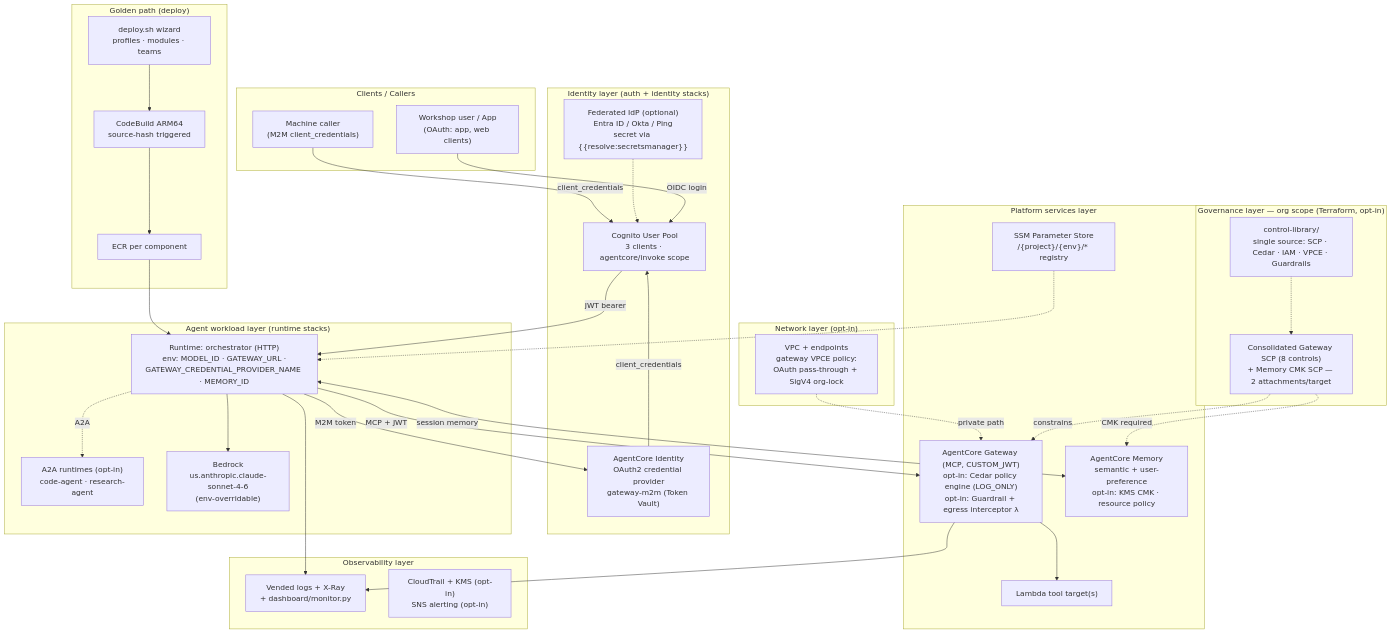
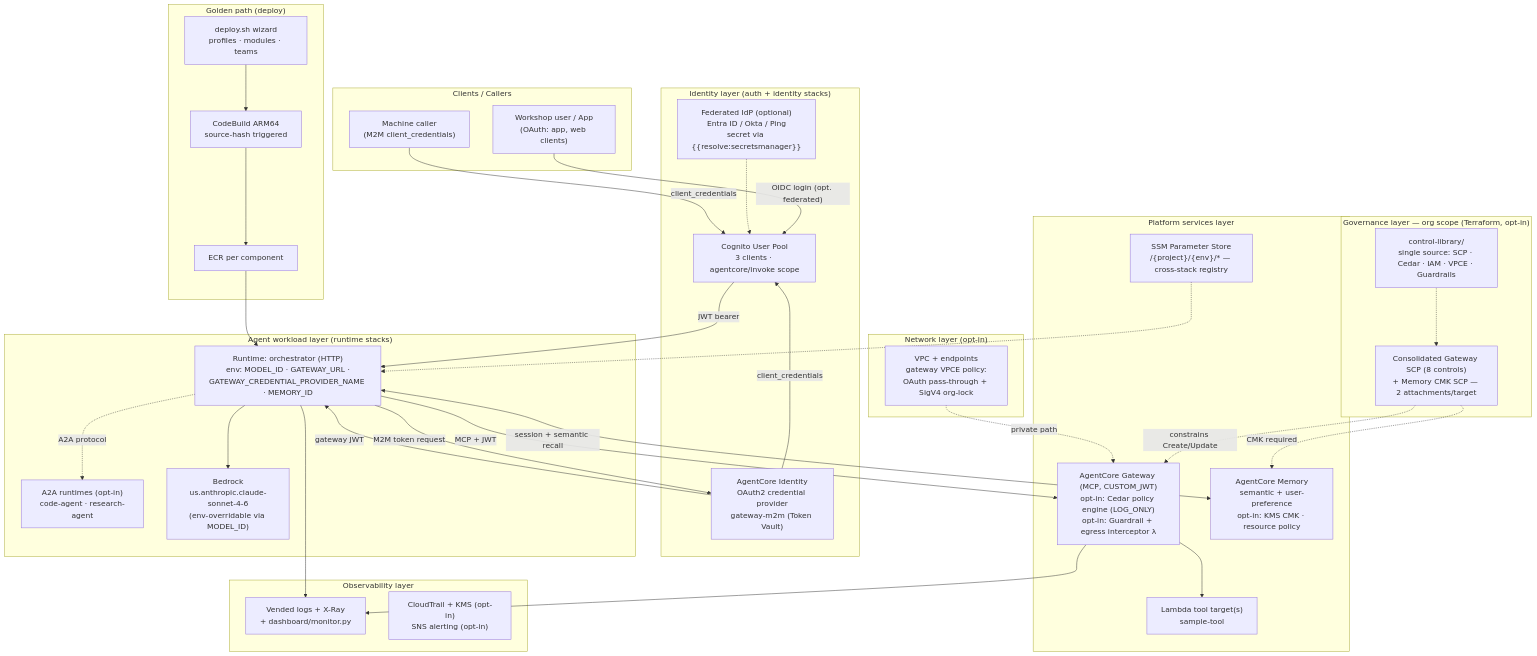
One commit to aws-samples/sample-agentcore-enterprise-platform changed the diagram in docs/ARCHITECTURE.md. Above: the diagram before and after it, drawn with Mermaid. The commit also changed other lines of this file and 3 other files, not shown here.

````diff
--- a/docs/ARCHITECTURE.md
+++ b/docs/ARCHITECTURE.md
@@ -10,58 +11,59 @@
 ```mermaid
 flowchart TB
     subgraph CLIENTS["Clients / Callers"]
         USER["Workshop user / App<br/>(OAuth: app, web clients)"]
         M2MC["Machine caller<br/>(M2M client_credentials)"]
     end
     subgraph GOV["Governance layer — org scope (Terraform, opt-in)"]
         SCP["Consolidated Gateway SCP (8 controls)<br/>+ Memory CMK SCP — 2 attachments/target"]
         CTLIB["control-library/<br/>single source: SCP · Cedar · IAM · VPCE · Guardrails"]
     end
     subgraph IDENTITY["Identity layer (auth + identity stacks)"]
         COG["Cognito User Pool<br/>3 clients · agentcore/invoke scope"]
         FED["Federated IdP (optional)<br/>Entra ID / Okta / Ping<br/>secret via {{resolve:secretsmanager}}"]
         M2MP["AgentCore Identity<br/>OAuth2 credential provider<br/>gateway-m2m (Token Vault)"]
     end
     subgraph PLATFORM["Platform services layer"]
         GW["AgentCore Gateway (MCP, CUSTOM_JWT)<br/>opt-in: Cedar policy engine (LOG_ONLY)<br/>opt-in: Guardrail + egress interceptor λ"]
-        TOOL["Lambda tool target(s)"]
+        TOOL["Lambda tool target(s)<br/>sample-tool"]
         MEM["AgentCore Memory<br/>semantic + user-preference<br/>opt-in: KMS CMK · resource policy"]
-        SSM["SSM Parameter Store<br/>/{project}/{env}/* registry"]
+        SSM["SSM Parameter Store<br/>/{project}/{env}/* — cross-stack registry"]
     end
     subgraph WORKLOAD["Agent workload layer (runtime stacks)"]
         RT["Runtime: orchestrator (HTTP)<br/>env: MODEL_ID · GATEWAY_URL ·<br/>GATEWAY_CREDENTIAL_PROVIDER_NAME · MEMORY_ID"]
         A2A["A2A runtimes (opt-in)<br/>code-agent · research-agent"]
-        BR["Bedrock<br/>us.anthropic.claude-sonnet-4-6<br/>(env-overridable)"]
+        BR["Bedrock<br/>us.anthropic.claude-sonnet-4-6<br/>(env-overridable via MODEL_ID)"]
     end
     subgraph FACTORY["Golden path (deploy)"]
         DEP["deploy.sh wizard<br/>profiles · modules · teams"]
         CB["CodeBuild ARM64<br/>source-hash triggered"]
         ECR["ECR per component"]
     end
     subgraph OBS["Observability layer"]
         LOGS["Vended logs + X-Ray<br/>+ dashboard/monitor.py"]
         TRAIL["CloudTrail + KMS (opt-in)<br/>SNS alerting (opt-in)"]
     end
     subgraph NET["Network layer (opt-in)"]
         VPC["VPC + endpoints<br/>gateway VPCE policy:<br/>OAuth pass-through + SigV4 org-lock"]
     end
-    USER -->|"OIDC login"| COG
+    USER -->|"OIDC login (opt. federated)"| COG
     FED -.-> COG
     M2MC -->|client_credentials| COG
     COG -->|"JWT bearer"| RT
     RT --> BR
-    RT -->|"M2M token"| M2MP
-    M2MP -->|client_credentials| COG
+    RT -->|"M2M token request"| M2MP
+    M2MP -->|"client_credentials"| COG
+    M2MP -->|"gateway JWT"| RT
     RT -->|"MCP + JWT"| GW
     GW --> TOOL
-    RT <-->|"session memory"| MEM
-    RT -.->|A2A| A2A
+    RT <-->|"session + semantic recall"| MEM
+    RT -.->|A2A protocol| A2A
     DEP --> CB --> ECR --> RT
-    SCP -.->|constrains| GW
+    SCP -.->|constrains Create/Update| GW
     SCP -.->|CMK required| MEM
     CTLIB -.-> SCP
     VPC -.->|private path| GW
     RT --> LOGS
     GW --> LOGS
     SSM -.-> RT
 ```
````
